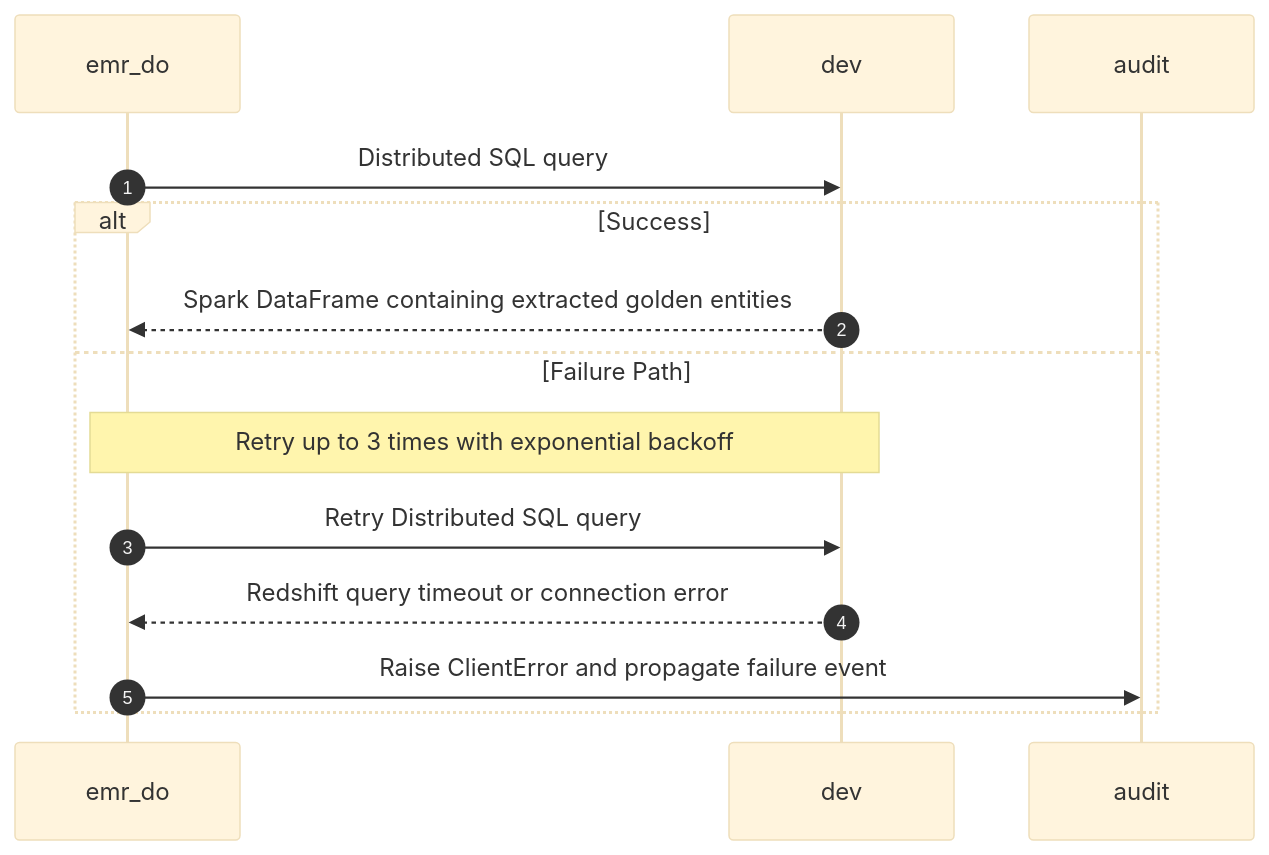
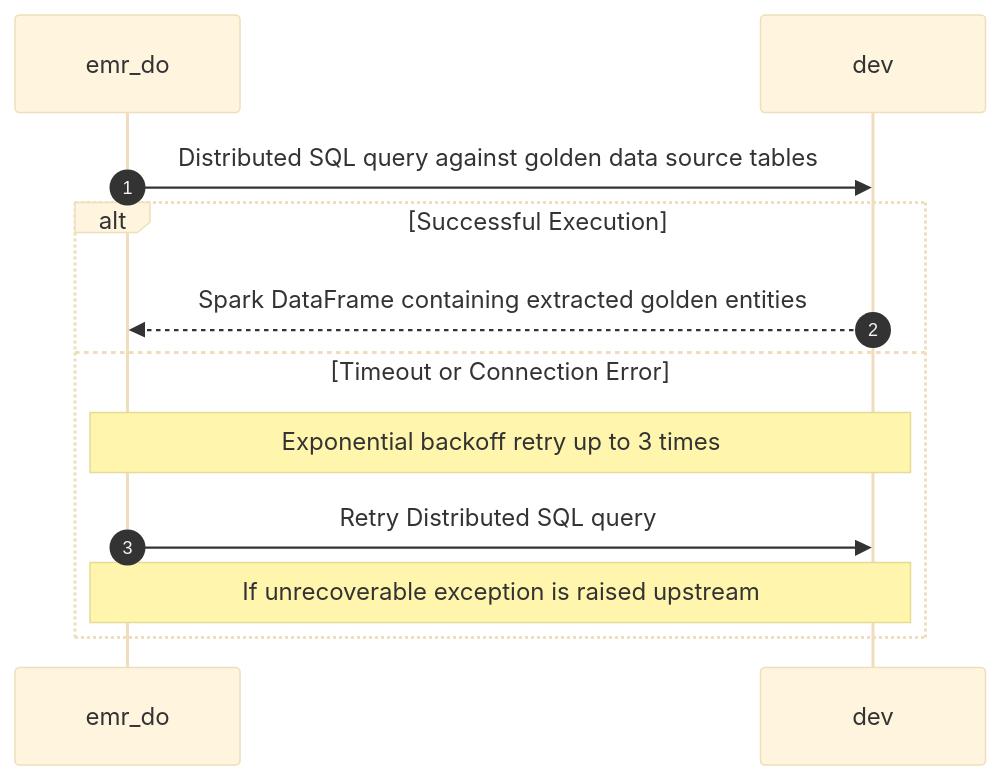
One commit to laminarzk/rudra-repo changed the sixth of 13 diagrams in docs/design/dataoutbound_product_section_tree_high_level_design.md. Above: the diagram before and after it, drawn with Mermaid (base theme). The commit also changed other lines of this file and 10 other files, not shown here.

Commit message:
Rudra: generate architecture documents

````diff
--- a/docs/design/dataoutbound_product_section_tree_high_level_design.md
+++ b/docs/design/dataoutbound_product_section_tree_high_level_design.md
@@ -3179,16 +3081,12 @@
 ```mermaid
 sequenceDiagram
-    autonumber
-    participant emr_do
-    participant dev
-    participant audit
-    emr_do->>dev: Distributed SQL query
-    alt Success
-        dev-->>emr_do: Spark DataFrame containing extracted golden entities
-    else Failure Path
-        Note over emr_do,dev: Retry up to 3 times with exponential backoff
-        emr_do->>dev: Retry Distributed SQL query
-        dev-->>emr_do: Redshift query timeout or connection error
-        emr_do->>audit: Raise ClientError and propagate failure event
-    end
+autonumber
+emr_do->>dev: Distributed SQL query against golden data source tables
+alt Successful Execution
+    dev-->>emr_do: Spark DataFrame containing extracted golden entities
+else Timeout or Connection Error
+    Note over emr_do,dev: Exponential backoff retry up to 3 times
+    emr_do->>dev: Retry Distributed SQL query
+    Note over emr_do,dev: If unrecoverable exception is raised upstream
+end
 ```
````
